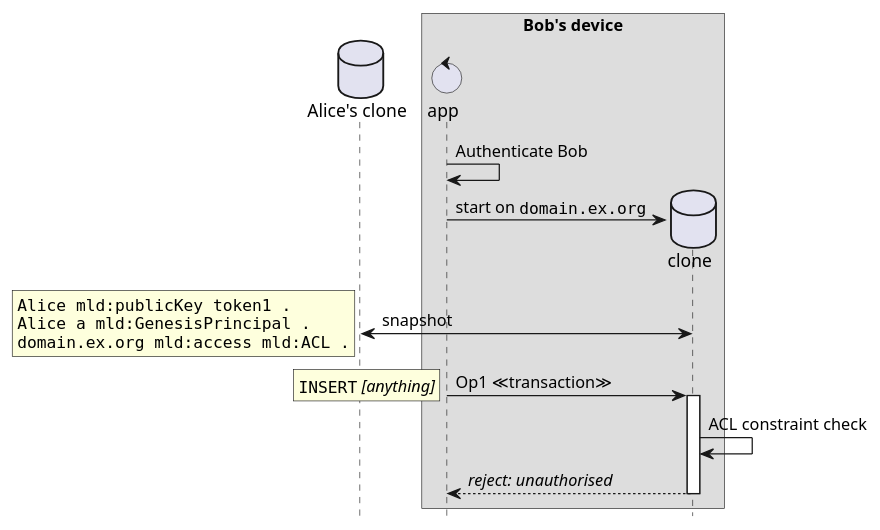
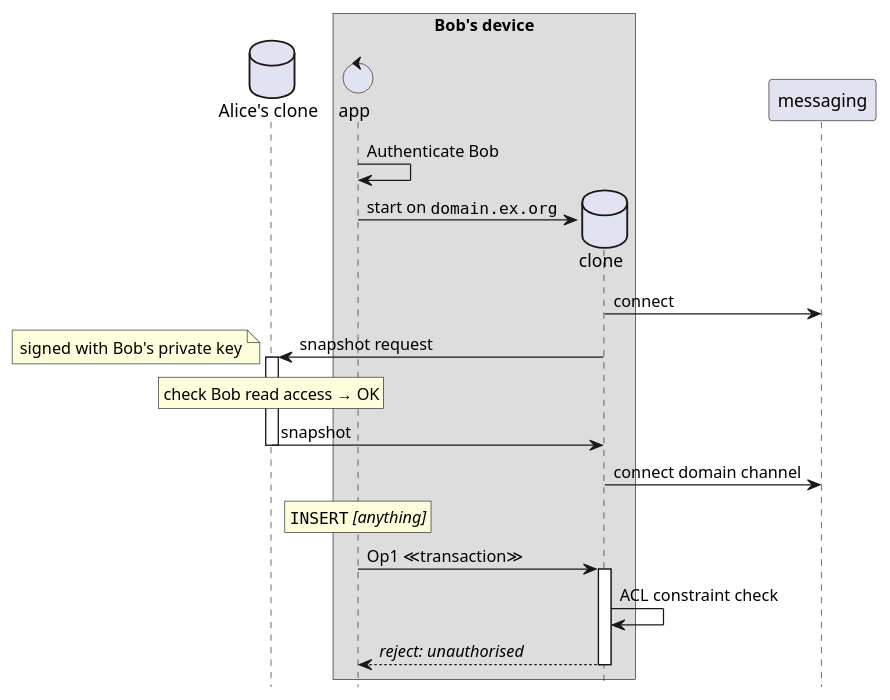
Before and after one commit to m-ld/m-ld-security-spec: the diagram in design/2-new-clone-bob-noaccess.seq.puml, drawn with PlantUML. The commit also changed 24 other files, not shown here.

```diff
--- a/design/2-new-clone-bob-noaccess.seq.puml
+++ b/design/2-new-clone-bob-noaccess.seq.puml
@@ -1,29 +1,32 @@
 @startuml
 'https://plantuml.com/sequence-diagram
 hide footbox
 
 database "Alice's clone" as genesis
 box Bob's device
 control "app" as proc2
 database "clone" as clone2
 end box
 
 proc2 -> proc2: Authenticate Bob
 proc2 -> clone2 **: start on ""domain.ex.org""
 
-clone2 <-> genesis: snapshot
-rnote left
-<code>
-Alice mld:publicKey token1 .
-Alice a mld:GenesisPrincipal .
-domain.ex.org mld:access mld:ACL .
+clone2 -> messaging : connect
+clone2 -> genesis ++: snapshot request
+note left
+signed with Bob's private key
 end note
+rnote over genesis
+check Bob read access → OK
+end note
+genesis -> clone2 --: snapshot
+clone2 -> messaging : connect domain channel
 
+rnote over proc2: ""INSERT"" //[anything]//
 proc2 -> clone2 ++: Op1 ≪transaction≫
-rnote left: ""INSERT"" //[anything]//
 
 clone2 -> clone2: ACL constraint check
 
 clone2 --> proc2 --: //reject: unauthorised//
 
 @enduml
```
